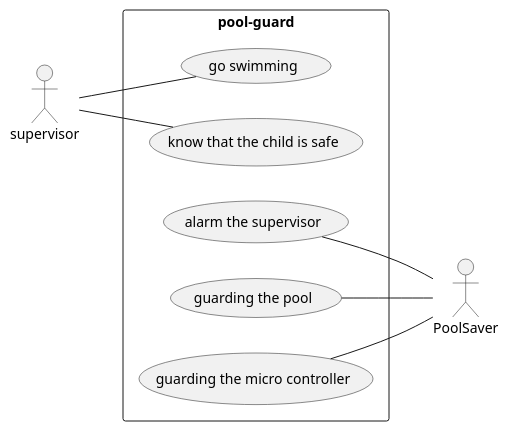
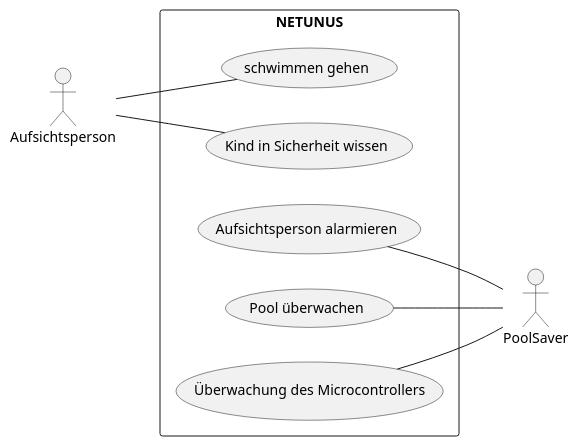
One commit to KonstantinFrank01/safer-pool changed the diagram in Assets/use-case-diagram.iuml. Above: the diagram before and after it, drawn with PlantUML.

```diff
--- a/Assets/use-case-diagram.iuml
+++ b/Assets/use-case-diagram.iuml
@@ -1,12 +1,12 @@
 @startuml
 left to right direction
-actor supervisor
+actor Aufsichtsperson
 actor PoolSaver
-rectangle pool-guard {
-    supervisor -- (go swimming)
-    supervisor -- (know that the child is safe)
-    (alarm the supervisor) -- PoolSaver
-    (guarding the pool) -- PoolSaver
-    (guarding the micro controller) -- PoolSaver
+rectangle NETUNUS {
+    Aufsichtsperson -- (schwimmen gehen)
+    Aufsichtsperson -- (Kind in Sicherheit wissen)
+    (Aufsichtsperson alarmieren) -- PoolSaver
+    (Pool überwachen) -- PoolSaver
+    (Überwachung des Microcontrollers) -- PoolSaver
 }
 @enduml
```
